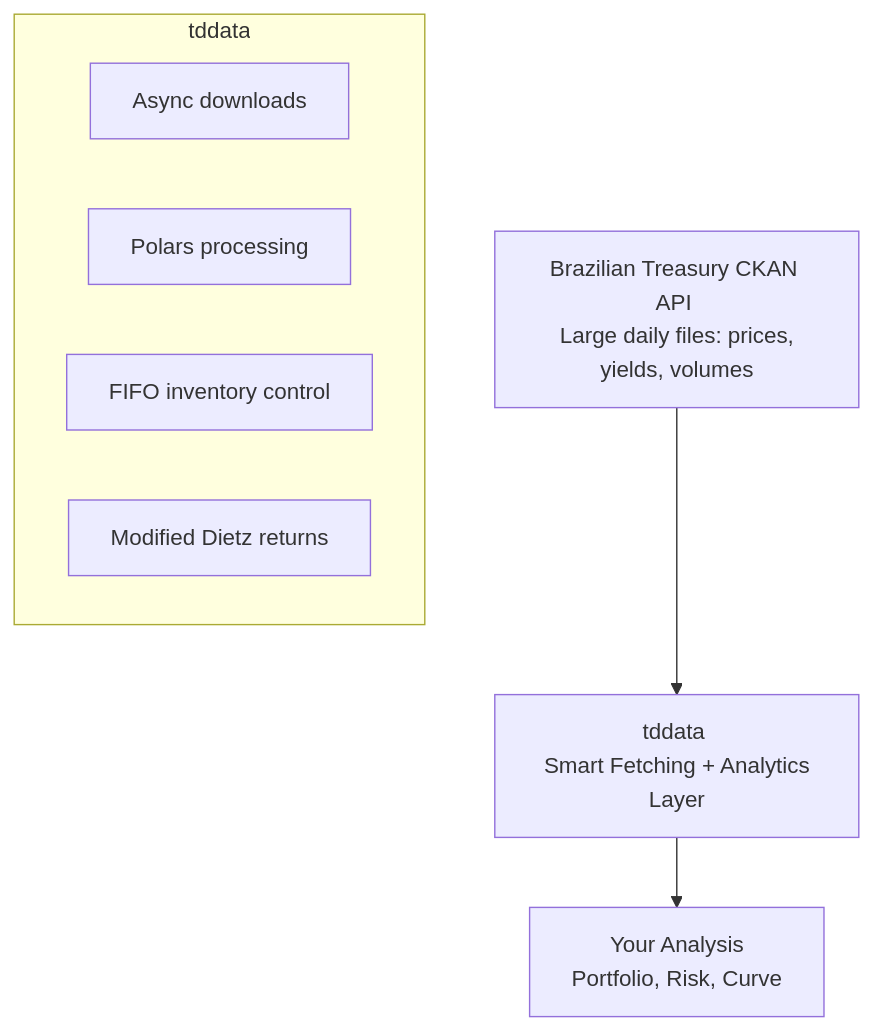
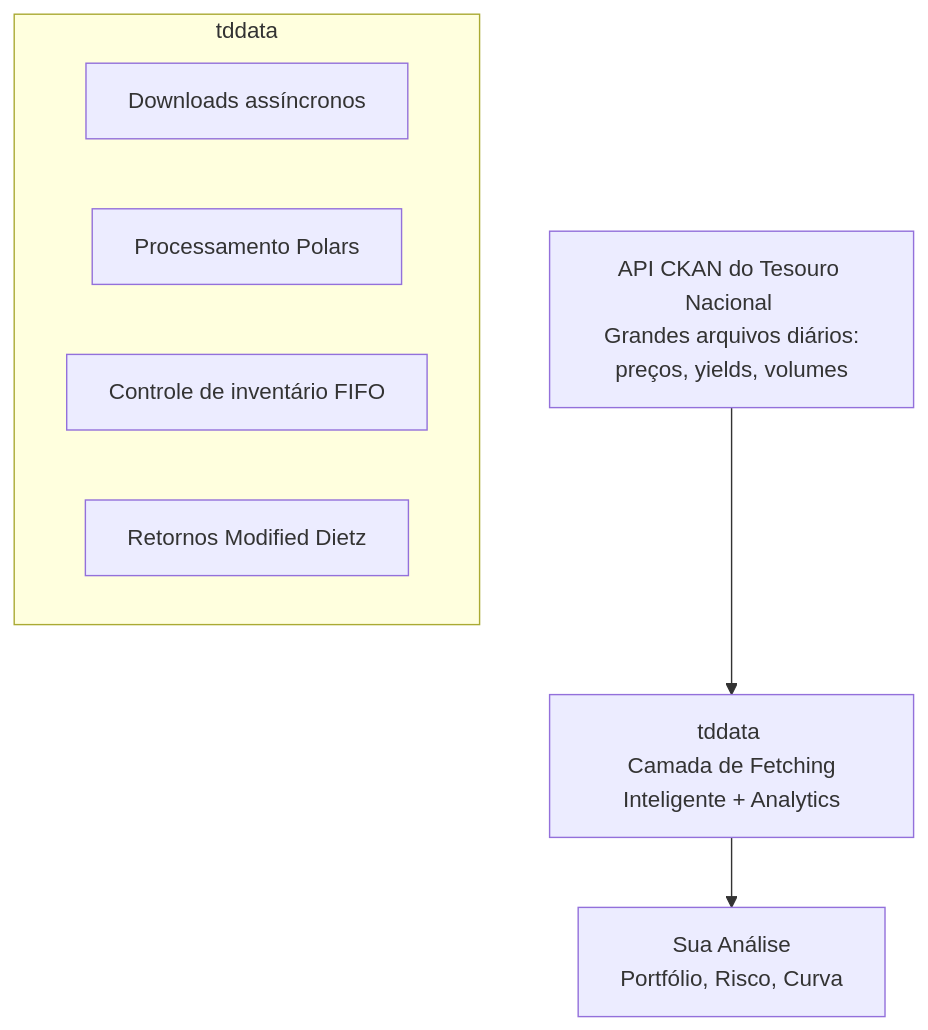
One commit to Quantilica/docs changed the diagram in docs/tesouro/index.md. Above: the diagram before and after it, drawn with Mermaid. The commit also changed other lines of this file and 31 other files, not shown here.

````diff
--- a/docs/tesouro/index.md
+++ b/docs/tesouro/index.md
@@ -23,13 +23,13 @@
 ```mermaid
 graph TD
-    A[Brazilian Treasury CKAN API <br/> Large daily files: prices, yields, volumes] --> B[tddata <br/> Smart Fetching + Analytics Layer]
+    A[API CKAN do Tesouro Nacional <br/> Grandes arquivos diários: preços, yields, volumes] --> B[tddata <br/> Camada de Fetching Inteligente + Analytics]
     
     subgraph tddata
-        B1[Async downloads]
-        B2[Polars processing]
-        B3[FIFO inventory control]
-        B4[Modified Dietz returns]
+        B1[Downloads assíncronos]
+        B2[Processamento Polars]
+        B3[Controle de inventário FIFO]
+        B4[Retornos Modified Dietz]
     end
     
-    B --> C[Your Analysis <br/> Portfolio, Risk, Curve]
+    B --> C[Sua Análise <br/> Portfólio, Risco, Curva]
 ```
````
